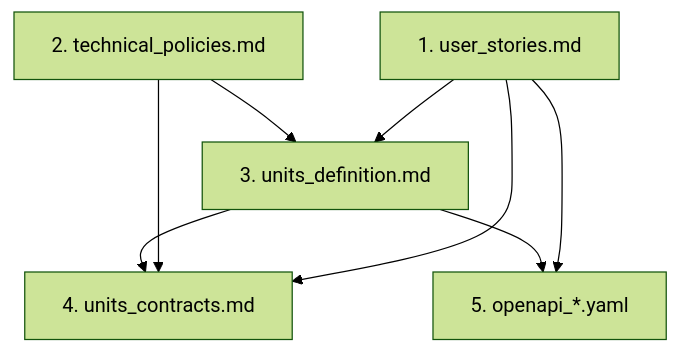
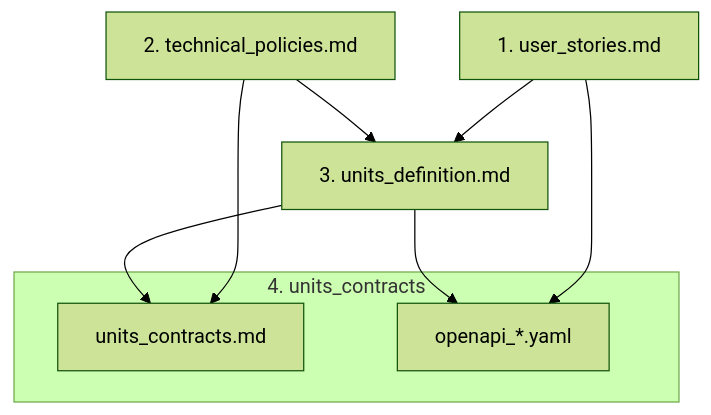
One commit to h-akira/ShogiProject2 changed the diagram in docs/flow.md. Above: the diagram before and after it, drawn with Mermaid (forest theme). The commit also changed other lines of this file, not shown here.

Commit message:
docs: update units_contracts input dependencies and group with openapi in flow diagram

````diff
--- a/docs/flow.md
+++ b/docs/flow.md
@@ -9,10 +9,14 @@
 ```mermaid
 graph TD
   A[1. user_stories.md] --> C[3. units_definition.md]
   B[2. technical_policies.md] --> C
-  A --> D[4. units_contracts.md]
-  B --> D
-  C --> D
-  A --> F["5. openapi_*.yaml"]
+  B --> G
+  C --> G
+  A --> F["openapi_*.yaml"]
   C --> F
+
+  subgraph D["4. units_contracts"]
+    G[units_contracts.md]
+    F
+  end
 ```
````
